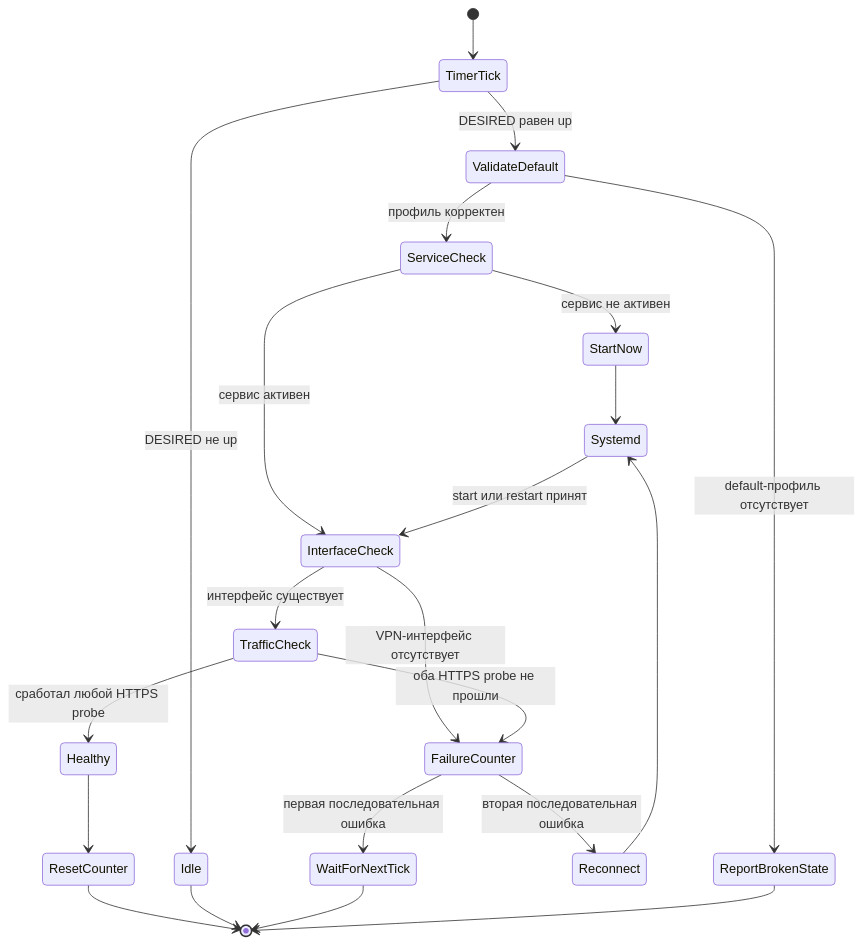
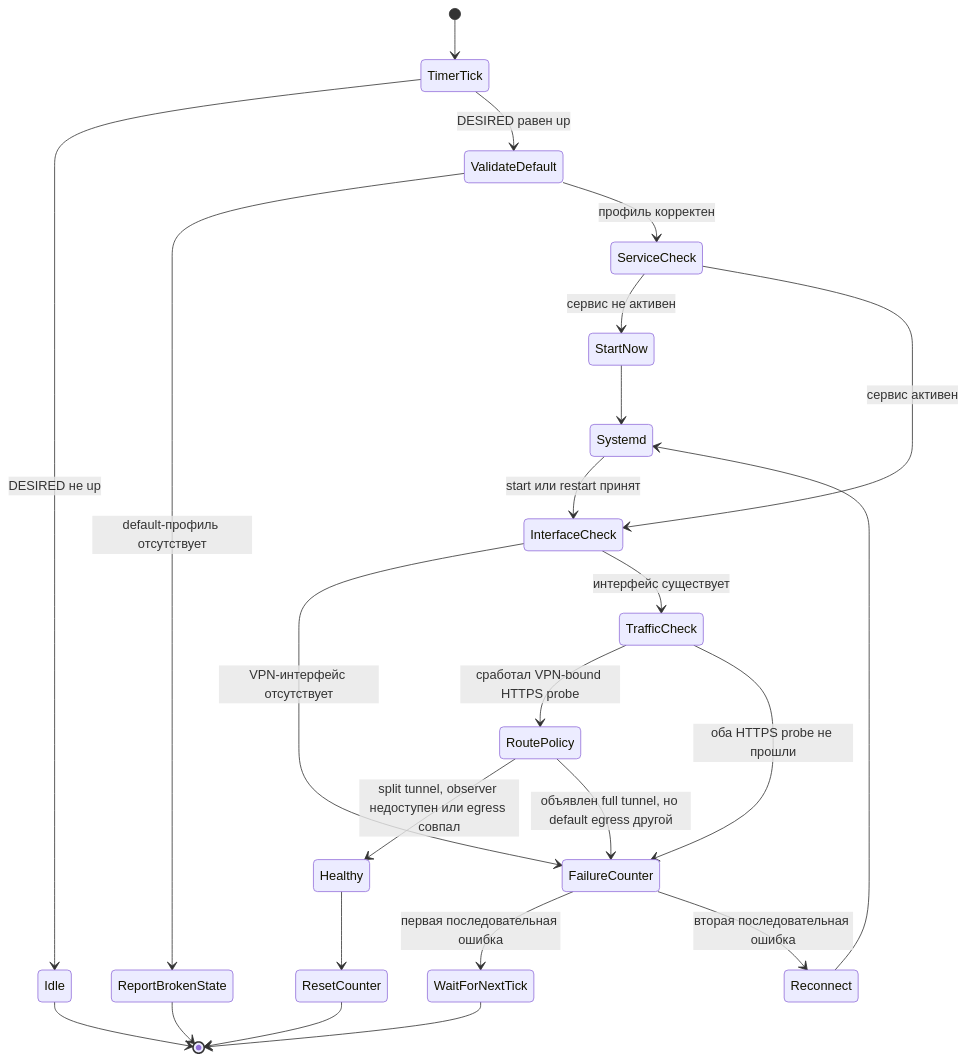
One commit to mazurovn/mazzy-vpn changed the fourth of 5 diagrams in docs/ARCHITECTURE.ru.md. Above: the diagram before and after it, drawn with Mermaid. The commit also changed other lines of this file and 75 other files, not shown here.

````diff
--- a/docs/ARCHITECTURE.ru.md
+++ b/docs/ARCHITECTURE.ru.md
@@ -213,24 +244,26 @@
 ```mermaid
 stateDiagram-v2
     [*] --> TimerTick
     TimerTick --> Idle: DESIRED не up
     TimerTick --> ValidateDefault: DESIRED равен up
     ValidateDefault --> ReportBrokenState: default-профиль отсутствует
     ValidateDefault --> ServiceCheck: профиль корректен
     ServiceCheck --> StartNow: сервис не активен
     ServiceCheck --> InterfaceCheck: сервис активен
     InterfaceCheck --> FailureCounter: VPN-интерфейс отсутствует
     InterfaceCheck --> TrafficCheck: интерфейс существует
-    TrafficCheck --> Healthy: сработал любой HTTPS probe
+    TrafficCheck --> RoutePolicy: сработал VPN-bound HTTPS probe
     TrafficCheck --> FailureCounter: оба HTTPS probe не прошли
+    RoutePolicy --> Healthy: split tunnel, observer недоступен или egress совпал
+    RoutePolicy --> FailureCounter: объявлен full tunnel, но default egress другой
     FailureCounter --> WaitForNextTick: первая последовательная ошибка
     FailureCounter --> Reconnect: вторая последовательная ошибка
     StartNow --> Systemd
     Reconnect --> Systemd
     Systemd --> InterfaceCheck: start или restart принят
     Healthy --> ResetCounter
     ResetCounter --> [*]
     Idle --> [*]
     WaitForNextTick --> [*]
     ReportBrokenState --> [*]
 ```
````
